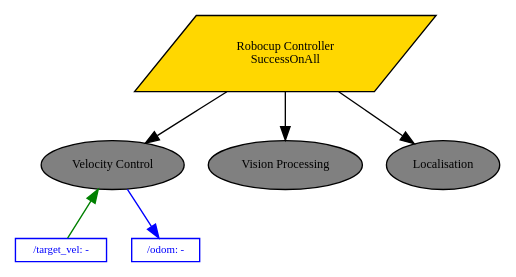
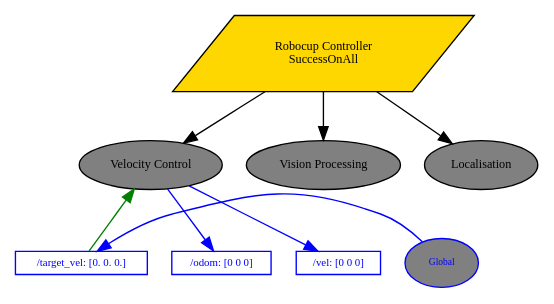
Before and after one commit to debater-coder/robocup-25: the diagram in controller/robocup_controller.dot, drawn with Graphviz. The commit also changed 12 other files, not shown here.

Commit message:
feat: velocity control

```diff
--- a/controller/robocup_controller.dot
+++ b/controller/robocup_controller.dot
@@ -1,22 +1,26 @@
 digraph pastafarianism {
 ordering=out;
 graph [fontname="times-roman"];
 node [fontname="times-roman"];
 edge [fontname="times-roman"];
 "Robocup Controller" [label="Robocup Controller\nSuccessOnAll", shape=parallelogram, style=filled, fillcolor=gold, fontsize=9, fontcolor=black];
 "Velocity Control" [label="Velocity Control", shape=ellipse, style=filled, fillcolor=gray, fontsize=9, fontcolor=black];
 "Robocup Controller" -> "Velocity Control";
 "Vision Processing" [label="Vision Processing", shape=ellipse, style=filled, fillcolor=gray, fontsize=9, fontcolor=black];
 "Robocup Controller" -> "Vision Processing";
 Localisation [label=Localisation, shape=ellipse, style=filled, fillcolor=gray, fontsize=9, fontcolor=black];
 "Robocup Controller" -> Localisation;
 "/target_vel" -> "Velocity Control" [color=green, constraint=false, weight=0];
+Global -> "/target_vel" [color=blue, constraint=false, weight=0];
 "Velocity Control" -> "/odom" [color=blue, constraint=false, weight=0];
+"Velocity Control" -> "/vel" [color=blue, constraint=false, weight=0];
 subgraph Blackboard {
 id=Blackboard;
 label=Blackboard;
 rank=sink;
-"/target_vel" [label="/target_vel: -", shape=box, style=filled, color=blue, fillcolor=white, fontsize=8, fontcolor=blue, width=0, height=0, fixedsize=false];
-"/odom" [label="/odom: -", shape=box, style=filled, color=blue, fillcolor=white, fontsize=8, fontcolor=blue, width=0, height=0, fixedsize=false];
+Global [label=Global, shape=ellipse, style=filled, color=blue, fillcolor=gray, fontsize=7, fontcolor=blue];
+"/target_vel" [label="/target_vel: [0. 0. 0.]", shape=box, style=filled, color=blue, fillcolor=white, fontsize=8, fontcolor=blue, width=0, height=0, fixedsize=false];
+"/odom" [label="/odom: [0 0 0]", shape=box, style=filled, color=blue, fillcolor=white, fontsize=8, fontcolor=blue, width=0, height=0, fixedsize=false];
+"/vel" [label="/vel: [0 0 0]", shape=box, style=filled, color=blue, fillcolor=white, fontsize=8, fontcolor=blue, width=0, height=0, fixedsize=false];
 }
 }
```
